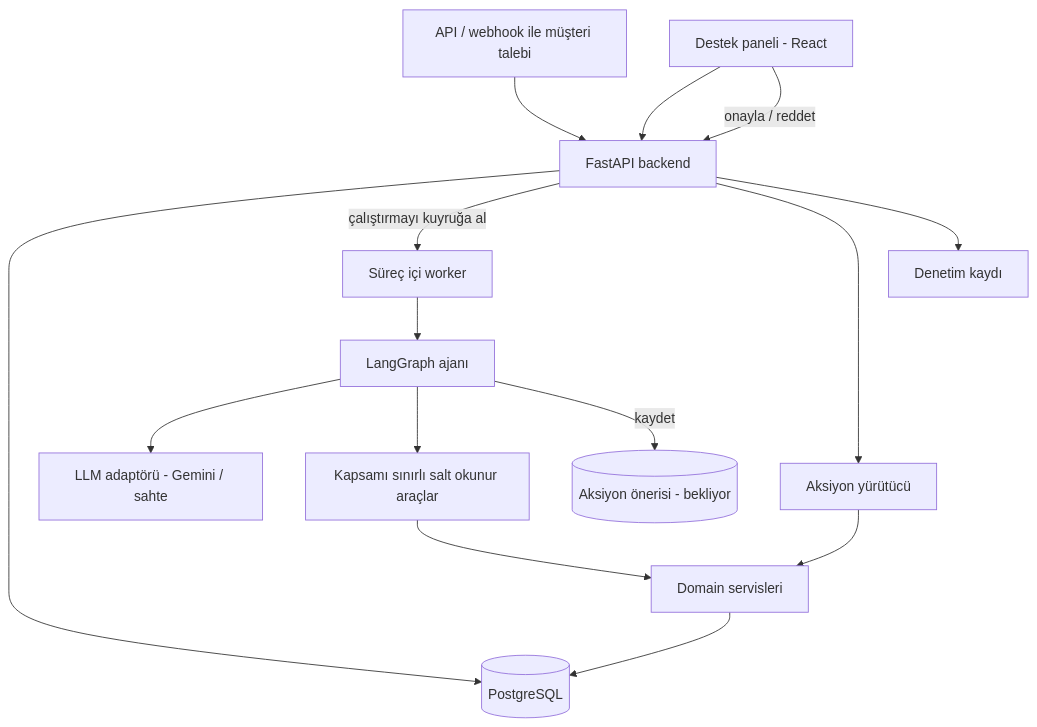
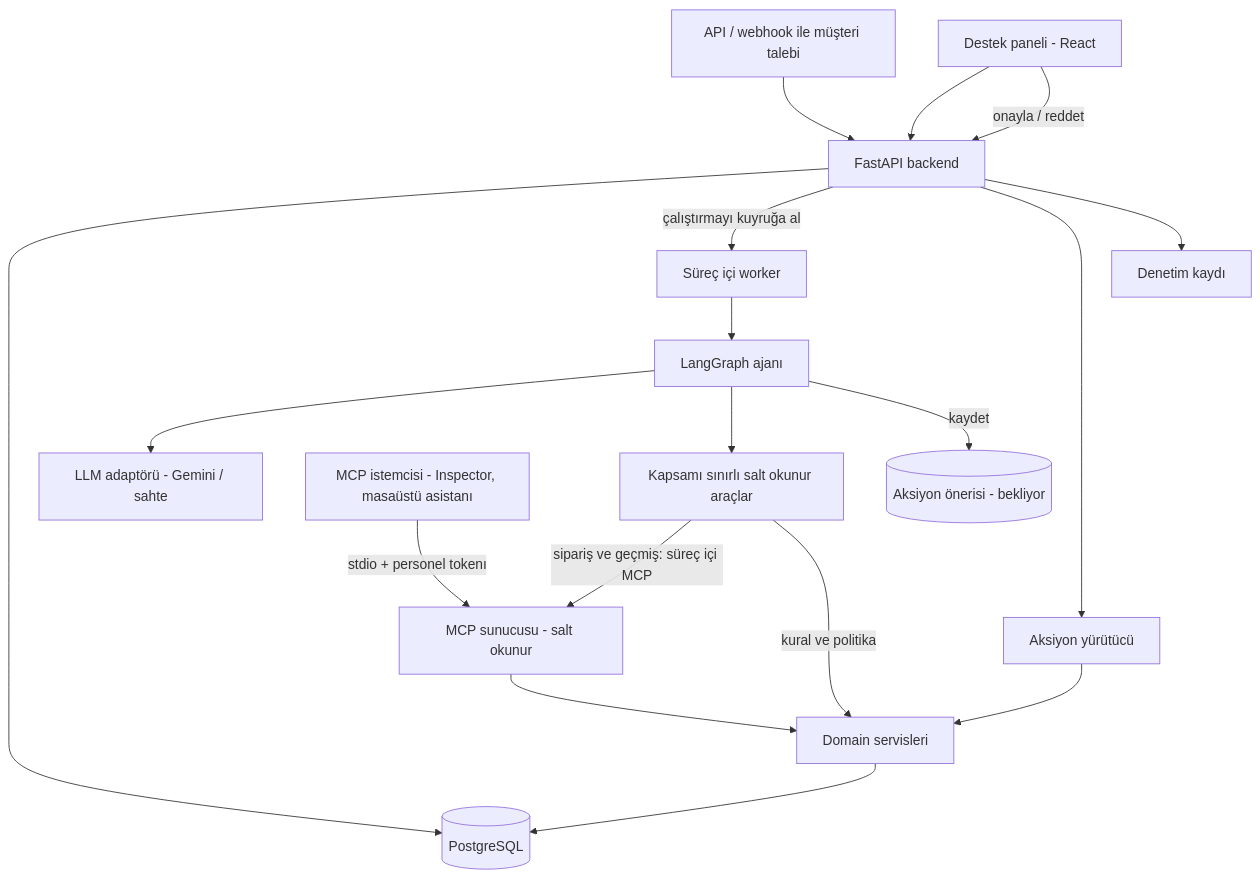
The first of 6 diagrams in docs/ARCHITECTURE.md (UygarYildiz/SupportFlow), drawn with Mermaid before and after one commit. The commit also changed other lines of this file and 36 other files, not shown here.

````diff
--- a/docs/ARCHITECTURE.md
+++ b/docs/ARCHITECTURE.md
@@ -7,17 +7,20 @@
 ```mermaid
 flowchart TD
     C[API / webhook ile müşteri talebi] --> API[FastAPI backend]
     U[Destek paneli - React] --> API
     API --> DB[(PostgreSQL)]
     API -->|çalıştırmayı kuyruğa al| W[Süreç içi worker]
     W --> G[LangGraph ajanı]
     G --> LLM[LLM adaptörü - Gemini / sahte]
     G --> T[Kapsamı sınırlı salt okunur araçlar]
-    T --> S[Domain servisleri]
+    T -->|sipariş ve geçmiş: süreç içi MCP| M[MCP sunucusu - salt okunur]
+    T -->|kural ve politika| S[Domain servisleri]
+    M --> S
+    H[MCP istemcisi - Inspector, masaüstü asistanı] -->|stdio + personel tokenı| M
     G -->|kaydet| P[(Aksiyon önerisi - bekliyor)]
     U -->|onayla / reddet| API
     API --> X[Aksiyon yürütücü]
     X --> S
     S --> DB
     API --> A[Denetim kaydı]
 ```
````
